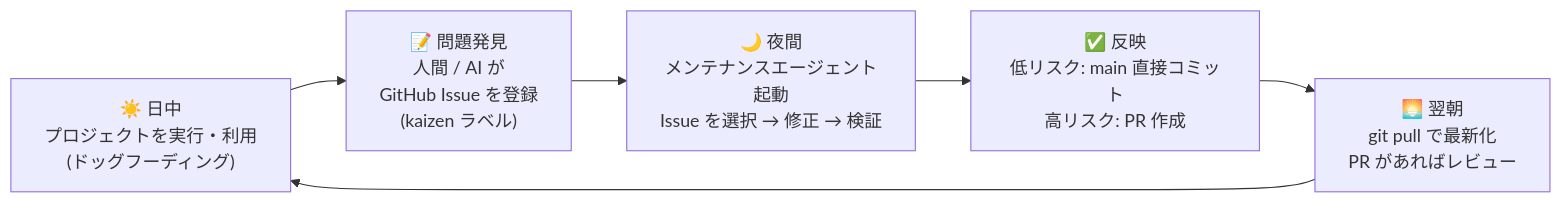
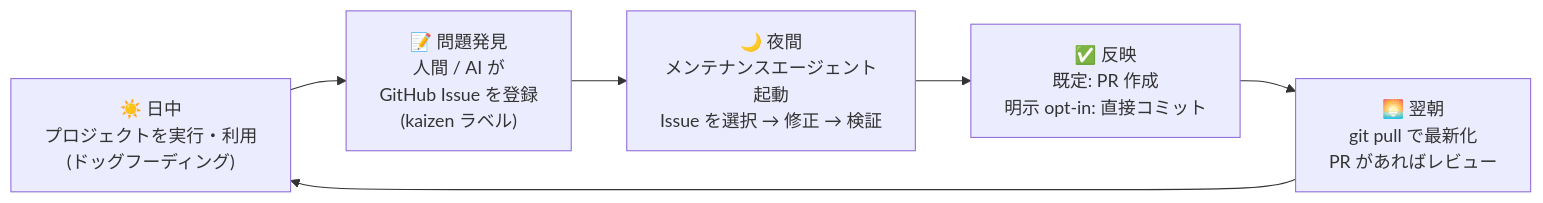
Before and after one commit to kaizen-agents-org/kaizen-loop: the first of 2 diagrams in docs/00-overview.md, drawn with Mermaid. The commit also changed other lines of this file and 17 other files, not shown here.

````diff
--- a/docs/00-overview.md
+++ b/docs/00-overview.md
@@ -13,8 +13,8 @@
 ```mermaid
 flowchart LR
     A["☀️ 日中<br/>プロジェクトを実行・利用<br/>(ドッグフーディング)"] --> B["📝 問題発見<br/>人間 / AI が<br/>GitHub Issue を登録<br/>(kaizen ラベル)"]
     B --> C["🌙 夜間<br/>メンテナンスエージェント起動<br/>Issue を選択 → 修正 → 検証"]
-    C --> D["✅ 反映<br/>低リスク: main 直接コミット<br/>高リスク: PR 作成"]
+    C --> D["✅ 反映<br/>既定: PR 作成<br/>明示 opt-in: 直接コミット"]
     D --> E["🌅 翌朝<br/>git pull で最新化<br/>PR があればレビュー"]
     E --> A
 ```
````
